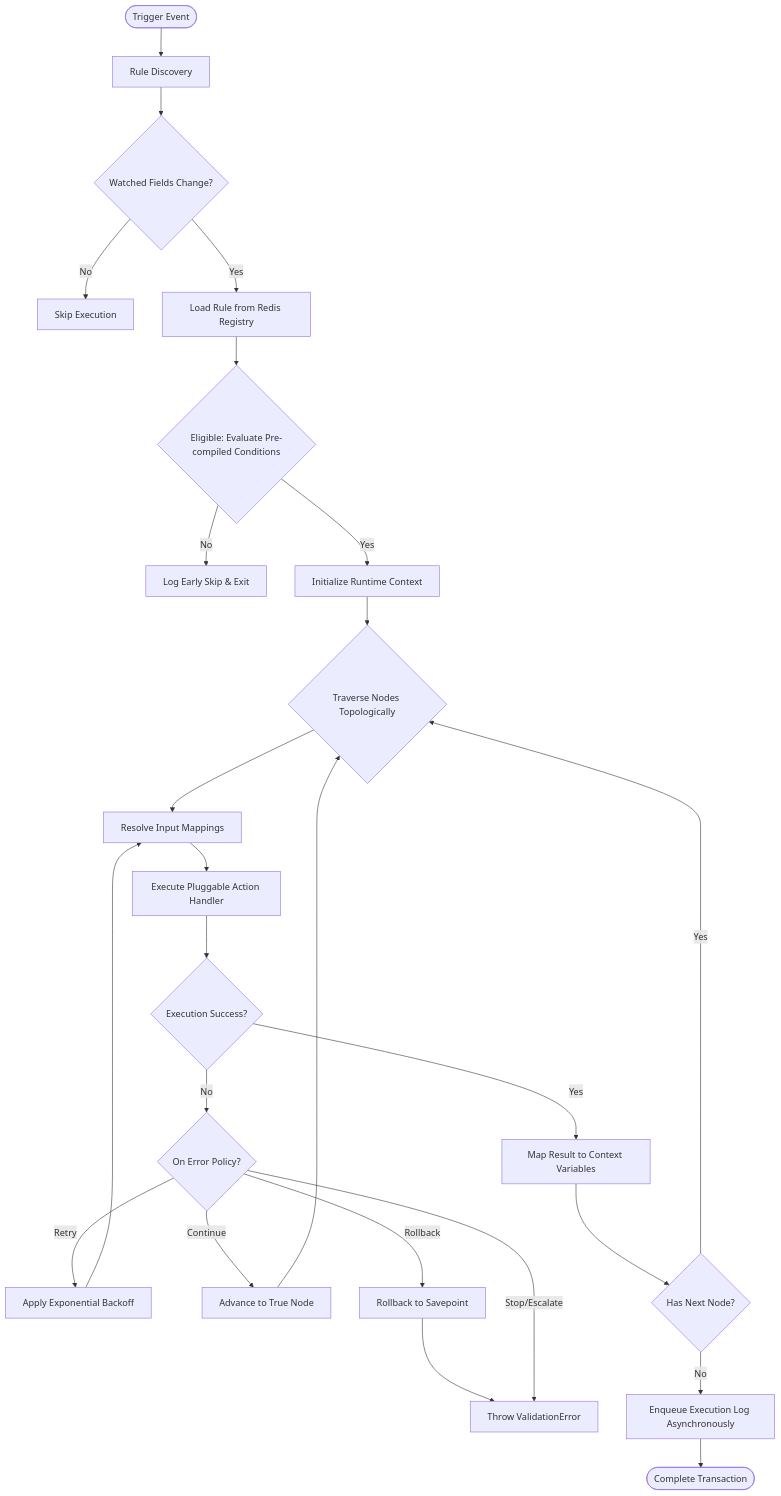
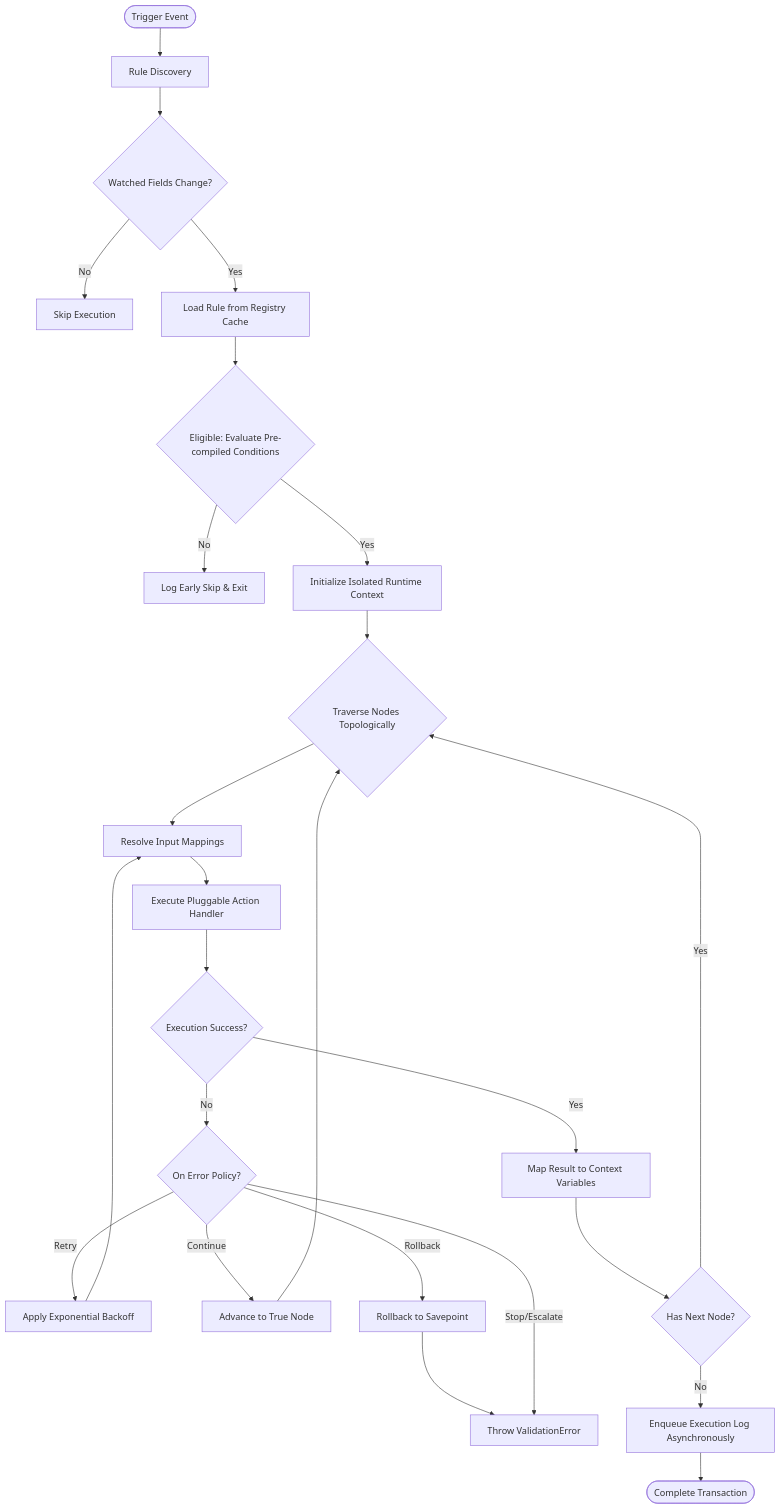
Before and after one commit to Brusk-eng/flexirule: the second of 2 diagrams in README.md, drawn with Mermaid. The commit also changed other lines of this file, not shown here.

````diff
--- a/README.md
+++ b/README.md
@@ -131,29 +128,29 @@
 ```mermaid
 flowchart TD
     A([Trigger Event]) --> B[Rule Discovery]
     B --> C{Watched Fields Change?}
     C -- No --> Skip[Skip Execution]
-    C -- Yes --> D[Load Rule from Redis Registry]
+    C -- Yes --> D[Load Rule from Registry Cache]
     D --> E{Eligible: Evaluate Pre-compiled Conditions}
     E -- No --> LogSkip[Log Early Skip & Exit]
-    E -- Yes --> F[Initialize Runtime Context]
+    E -- Yes --> F[Initialize Isolated Runtime Context]
     F --> G{Traverse Nodes Topologically}
     G --> H[Resolve Input Mappings]
     H --> I[Execute Pluggable Action Handler]
     I --> J{Execution Success?}
 
     J -- No --> K{On Error Policy?}
     K -- Retry --> Retry[Apply Exponential Backoff]
     Retry --> H
     K -- Continue --> L[Advance to True Node]
     L --> G
     K -- Rollback --> Roll[Rollback to Savepoint]
     Roll --> Fail[Throw ValidationError]
     K -- Stop/Escalate --> Fail
 
     J -- Yes --> M[Map Result to Context Variables]
     M --> N{Has Next Node?}
     N -- Yes --> G
     N -- No --> O[Enqueue Execution Log Asynchronously]
     O --> P([Complete Transaction])
 ```
````
